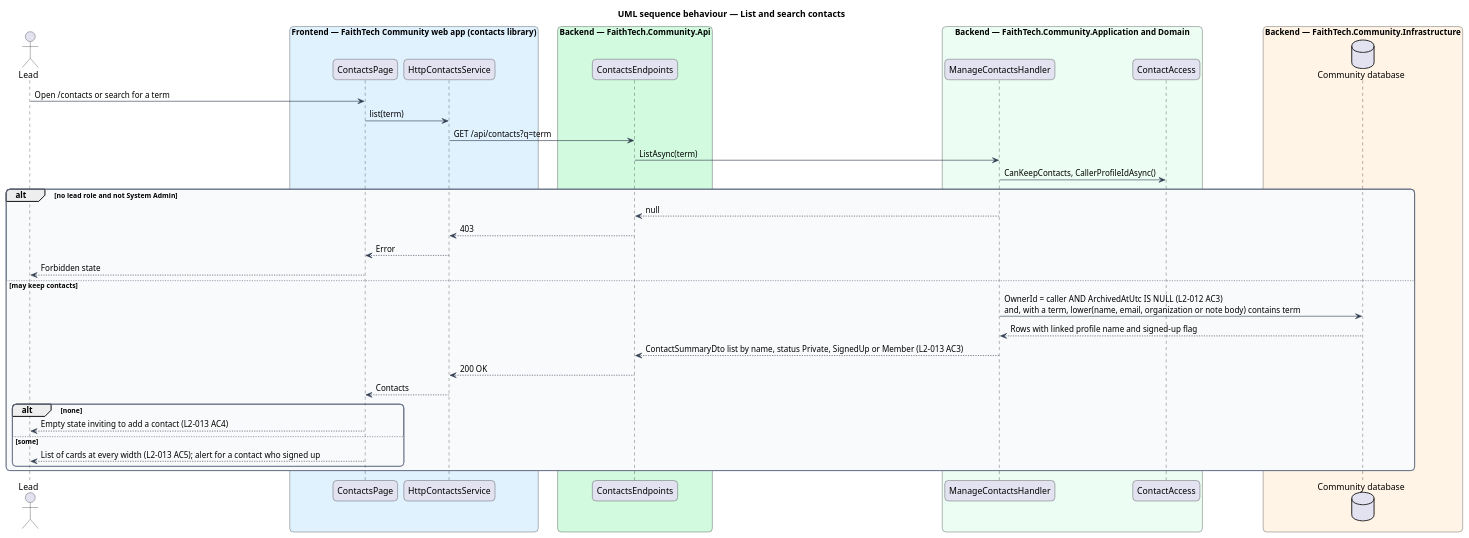
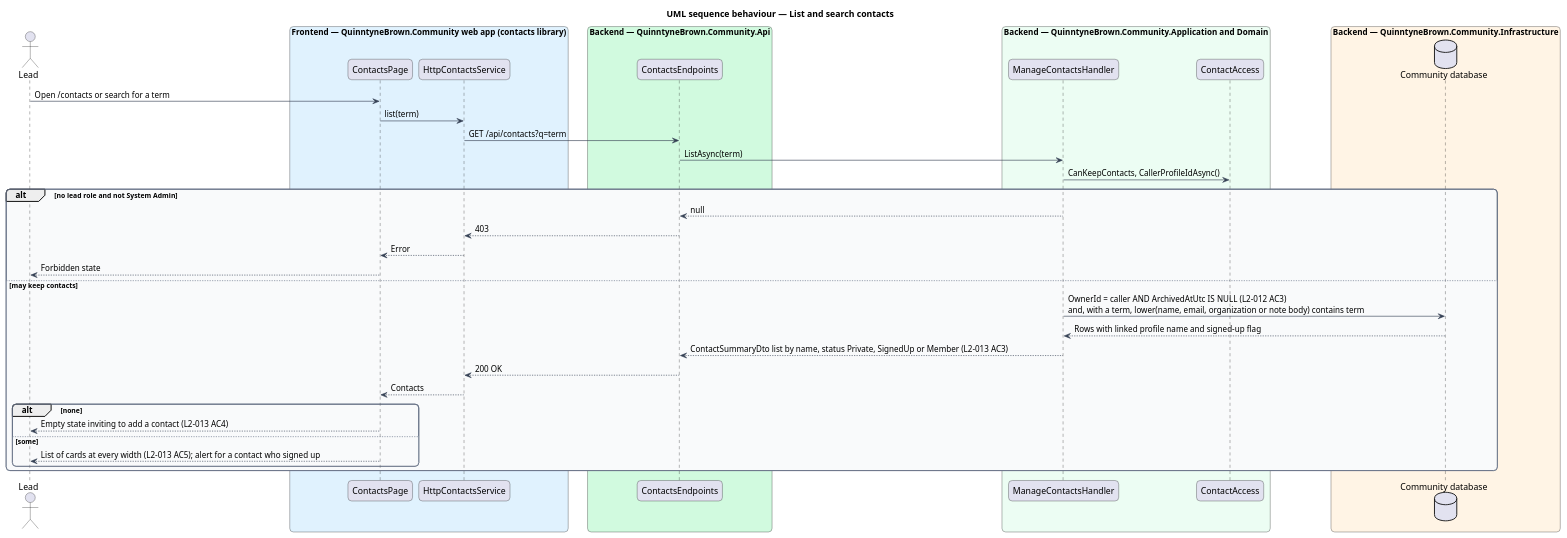
The diagram in docs/detailed-designs/contacts/manage-contacts/diagrams/sequence-list-and-search.puml (QuinntyneBrown/quinntyne-brown), drawn with PlantUML before and after one commit. The commit also changed 1957 other files, not shown here.

First line of the commit message:
Rebrand to QuinntyneBrown.Community

```diff
--- a/docs/detailed-designs/contacts/manage-contacts/diagrams/sequence-list-and-search.puml
+++ b/docs/detailed-designs/contacts/manage-contacts/diagrams/sequence-list-and-search.puml
@@ -1,54 +1,54 @@
 @startuml
 title UML sequence behaviour — List and search contacts
 skinparam backgroundColor #FFFFFF
 skinparam shadowing false
 skinparam roundcorner 12
 skinparam defaultFontName Arial
 skinparam ArrowColor #344054
 skinparam rectangle {
   BorderColor #344054
   FontColor #101828
 }
 skinparam package {
   BorderColor #667085
   FontColor #101828
   BackgroundColor #F9FAFB
 }
 actor "Lead" as actor
-box "Frontend — FaithTech Community web app (contacts library)" #E0F2FE
+box "Frontend — QuinntyneBrown.Community web app (contacts library)" #E0F2FE
   participant "ContactsPage" as list
   participant "HttpContactsService" as svc
 end box
-box "Backend — FaithTech.Community.Api" #D1FADF
+box "Backend — QuinntyneBrown.Community.Api" #D1FADF
   participant "ContactsEndpoints" as ep
 end box
-box "Backend — FaithTech.Community.Application and Domain" #ECFDF3
+box "Backend — QuinntyneBrown.Community.Application and Domain" #ECFDF3
   participant "ManageContactsHandler" as h
   participant "ContactAccess" as acc
 end box
-box "Backend — FaithTech.Community.Infrastructure" #FFF4E5
+box "Backend — QuinntyneBrown.Community.Infrastructure" #FFF4E5
   database "Community database" as db
 end box
 actor -> list : Open /contacts or search for a term
 list -> svc : list(term)
 svc -> ep : GET /api/contacts?q=term
 ep -> h : ListAsync(term)
 h -> acc : CanKeepContacts, CallerProfileIdAsync()
 alt no lead role and not System Admin
   h --> ep : null
   ep --> svc : 403
   svc --> list : Error
   list --> actor : Forbidden state
 else may keep contacts
   h -> db : OwnerId = caller AND ArchivedAtUtc IS NULL (L2-012 AC3)\nand, with a term, lower(name, email, organization or note body) contains term
   db --> h : Rows with linked profile name and signed-up flag
   h --> ep : ContactSummaryDto list by name, status Private, SignedUp or Member (L2-013 AC3)
   ep --> svc : 200 OK
   svc --> list : Contacts
   alt none
     list --> actor : Empty state inviting to add a contact (L2-013 AC4)
   else some
     list --> actor : List of cards at every width (L2-013 AC5); alert for a contact who signed up
   end
 end
 @enduml
```
